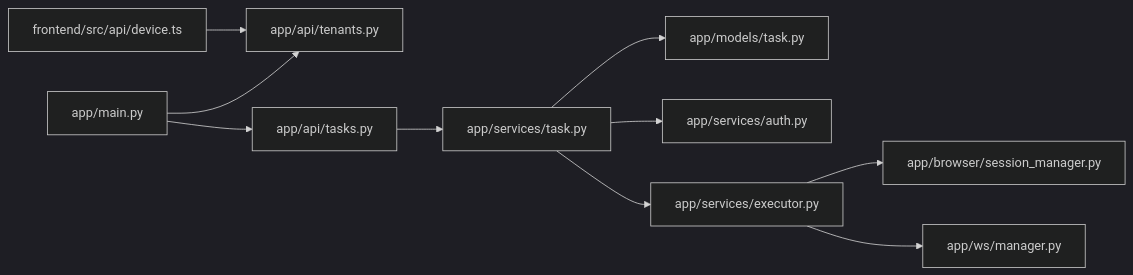
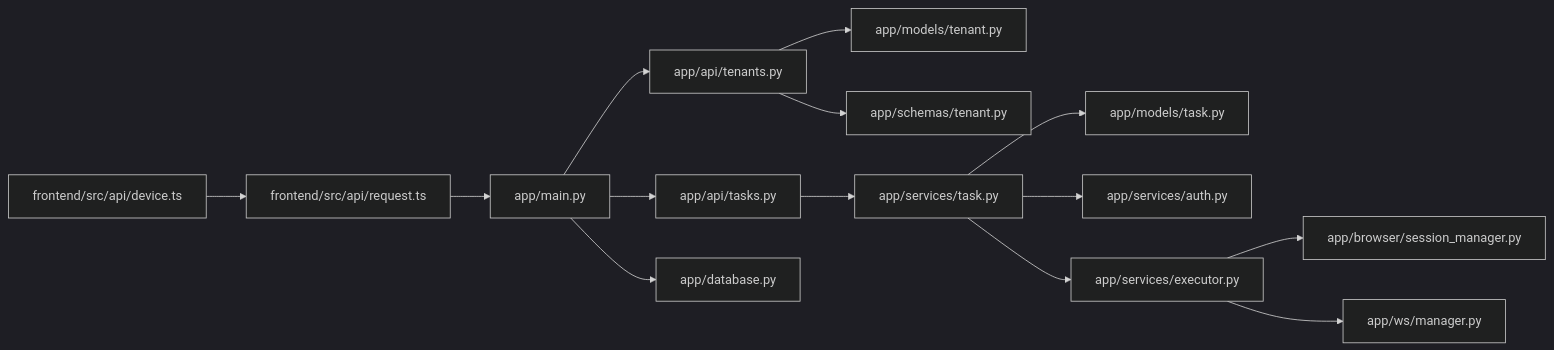
Diagram 11 of 11 in .qoder/repowiki/zh/content/多租户权限管理/租户管理模块.md (onebody/ccclubs_AI_RPA), drawn with Mermaid (dark theme) before and after one commit. The commit also changed other lines of this file and 16 other files, not shown here.

````diff
--- a/.qoder/repowiki/zh/content/多租户权限管理/租户管理模块.md
+++ b/.qoder/repowiki/zh/content/多租户权限管理/租户管理模块.md
@@ -346,12 +518,16 @@
 ```mermaid
 graph LR
 Main["app/main.py"] --> TenantsAPI["app/api/tenants.py"]
 Main --> TasksAPI["app/api/tasks.py"]
+Main --> Database["app/database.py"]
+TenantsAPI --> TenantModel["app/models/tenant.py"]
+TenantsAPI --> TenantSchema["app/schemas/tenant.py"]
 TasksAPI --> TaskService["app/services/task.py"]
 TaskService --> TaskModel["app/models/task.py"]
 TaskService --> AuthSvc["app/services/auth.py"]
 TaskService --> Executor["app/services/executor.py"]
 Executor --> SM["app/browser/session_manager.py"]
 Executor --> WS["app/ws/manager.py"]
-Front["frontend/src/api/device.ts"] --> TenantsAPI
+Front["frontend/src/api/device.ts"] --> Request["frontend/src/api/request.ts"]
+Request --> Main
 ```
````
